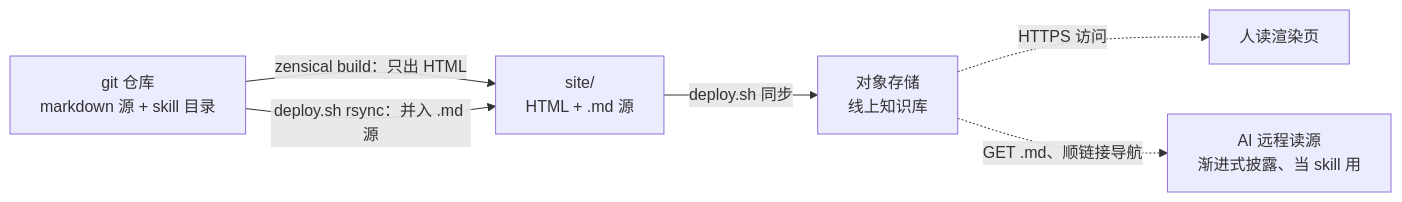
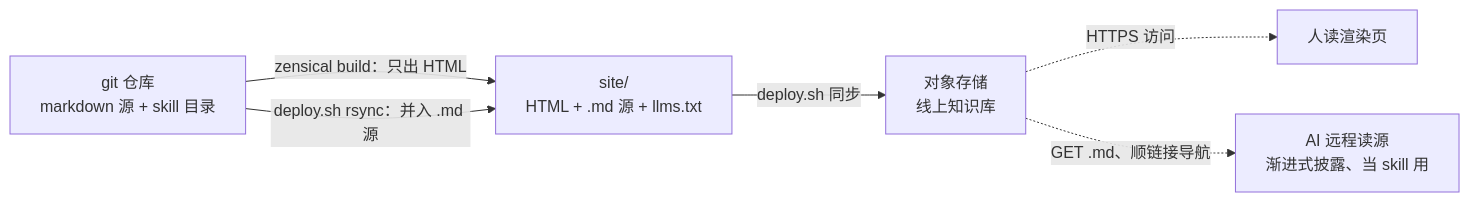
The diagram in README.md (liuhetian/wiki), drawn with Mermaid before and after one commit. The commit also changed other lines of this file and 1 other file, not shown here.

````diff
--- a/README.md
+++ b/README.md
@@ -10,8 +10,8 @@
 ```mermaid
 flowchart LR
-    G[git 仓库<br>markdown 源 + skill 目录] -->|zensical build：只出 HTML| H[site/<br>HTML + .md 源]
+    G[git 仓库<br>markdown 源 + skill 目录] -->|zensical build：只出 HTML| H[site/<br>HTML + .md 源 + llms.txt]
     G -->|deploy.sh rsync：并入 .md 源| H
     H -->|deploy.sh 同步| O[对象存储<br>线上知识库]
     O -.->|HTTPS 访问| U[人读渲染页]
     O -.->|GET .md、顺链接导航| AI[AI 远程读源<br>渐进式披露、当 skill 用]
 ```
````
